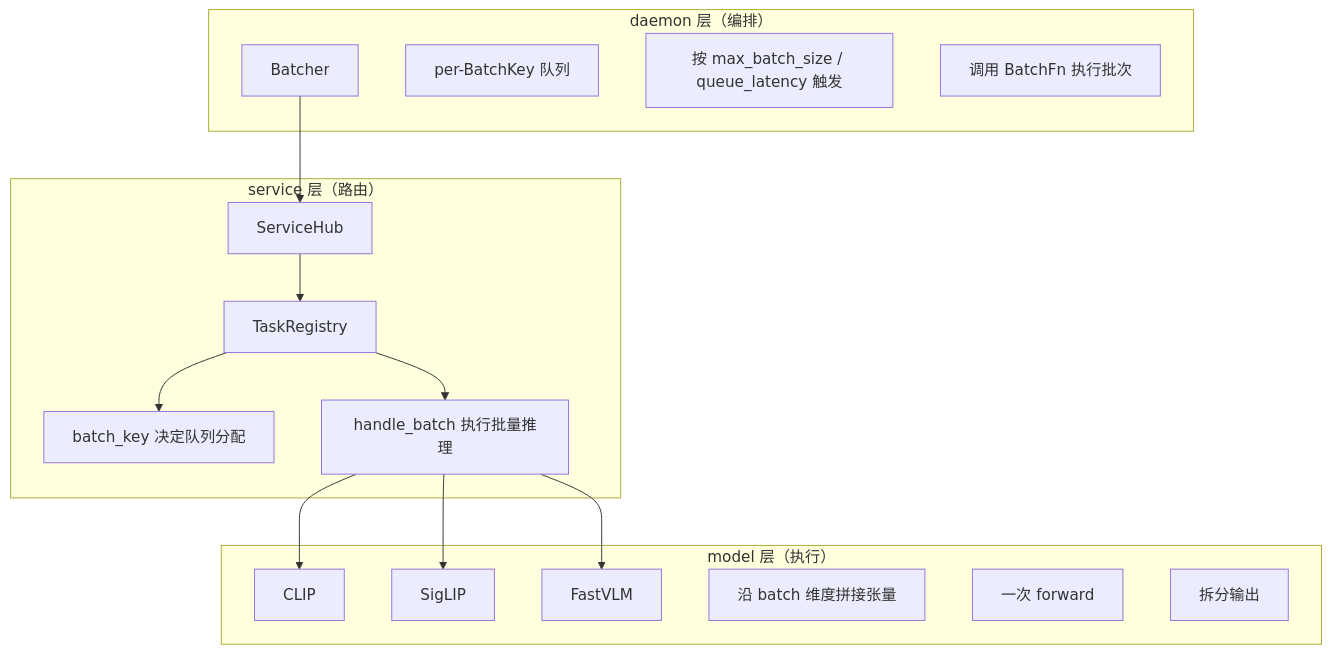
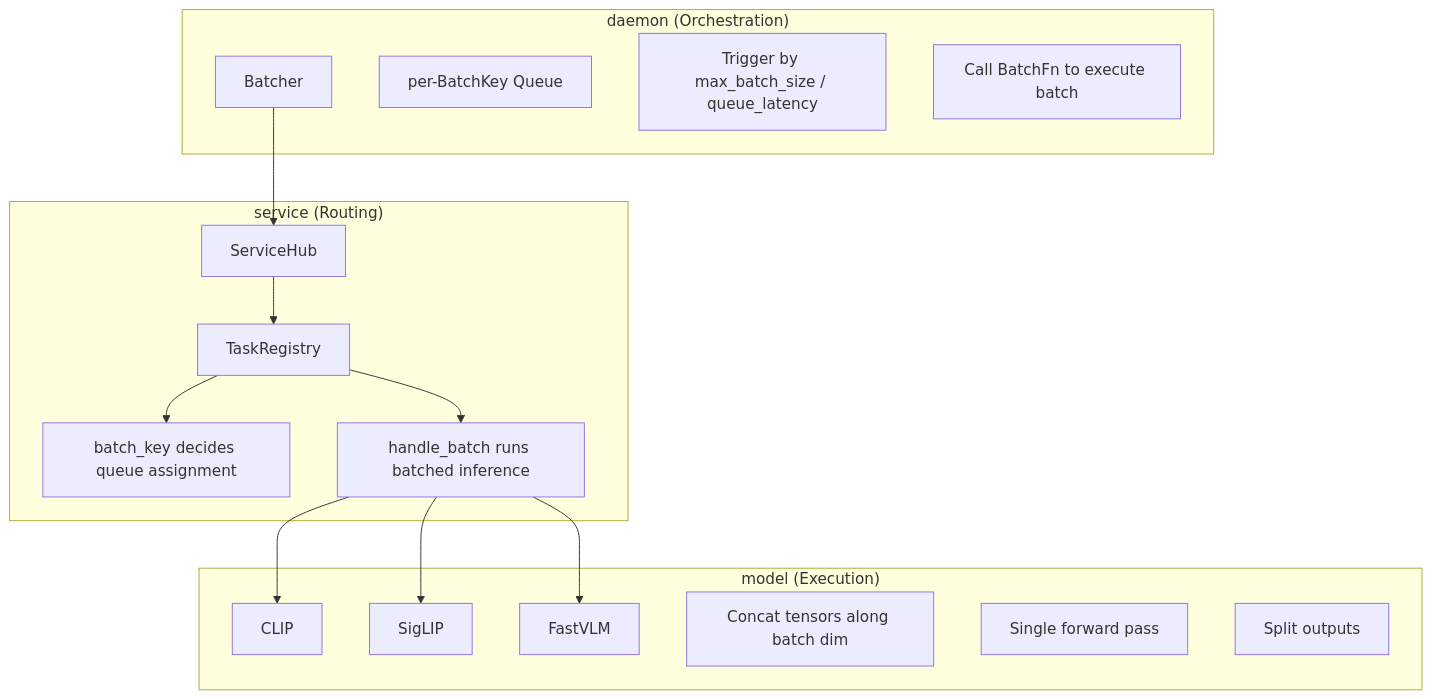
Before and after one commit to EdwinZhanCN/Lumen-Hub: the first of 2 diagrams in docs/docs/architecture/batching.md, drawn with Mermaid. The commit also changed other lines of this file and 47 other files, not shown here.

````diff
--- a/docs/docs/architecture/batching.md
+++ b/docs/docs/architecture/batching.md
@@ -17,33 +17,33 @@
 ```mermaid
 graph TD
-    subgraph daemon["daemon 层（编排）"]
+    subgraph daemon["daemon (Orchestration)"]
         Batcher
-        Queue[per-BatchKey 队列]
-        Trigger[按 max_batch_size / queue_latency 触发]
-        BatchFn[调用 BatchFn 执行批次]
+        Queue[per-BatchKey Queue]
+        Trigger[Trigger by max_batch_size / queue_latency]
+        BatchFn[Call BatchFn to execute batch]
     end
 
-    subgraph service["service 层（路由）"]
+    subgraph service["service (Routing)"]
         Hub[ServiceHub]
         Registry[TaskRegistry]
-        BKey[batch_key 决定队列分配]
-        HBatch[handle_batch 执行批量推理]
+        BKey[batch_key decides queue assignment]
+        HBatch[handle_batch runs batched inference]
     end
 
-    subgraph model["model 层（执行）"]
+    subgraph model["model (Execution)"]
         CLIP
         SigLIP
         FVLM[FastVLM]
-        Concat[沿 batch 维度拼接张量]
-        Forward[一次 forward]
-        Split[拆分输出]
+        Concat[Concat tensors along batch dim]
+        Forward[Single forward pass]
+        Split[Split outputs]
     end
 
     Batcher --> Hub
     Hub --> Registry
     Registry --> BKey
     Registry --> HBatch
     HBatch --> CLIP
     HBatch --> SigLIP
     HBatch --> FVLM
 ```
````
